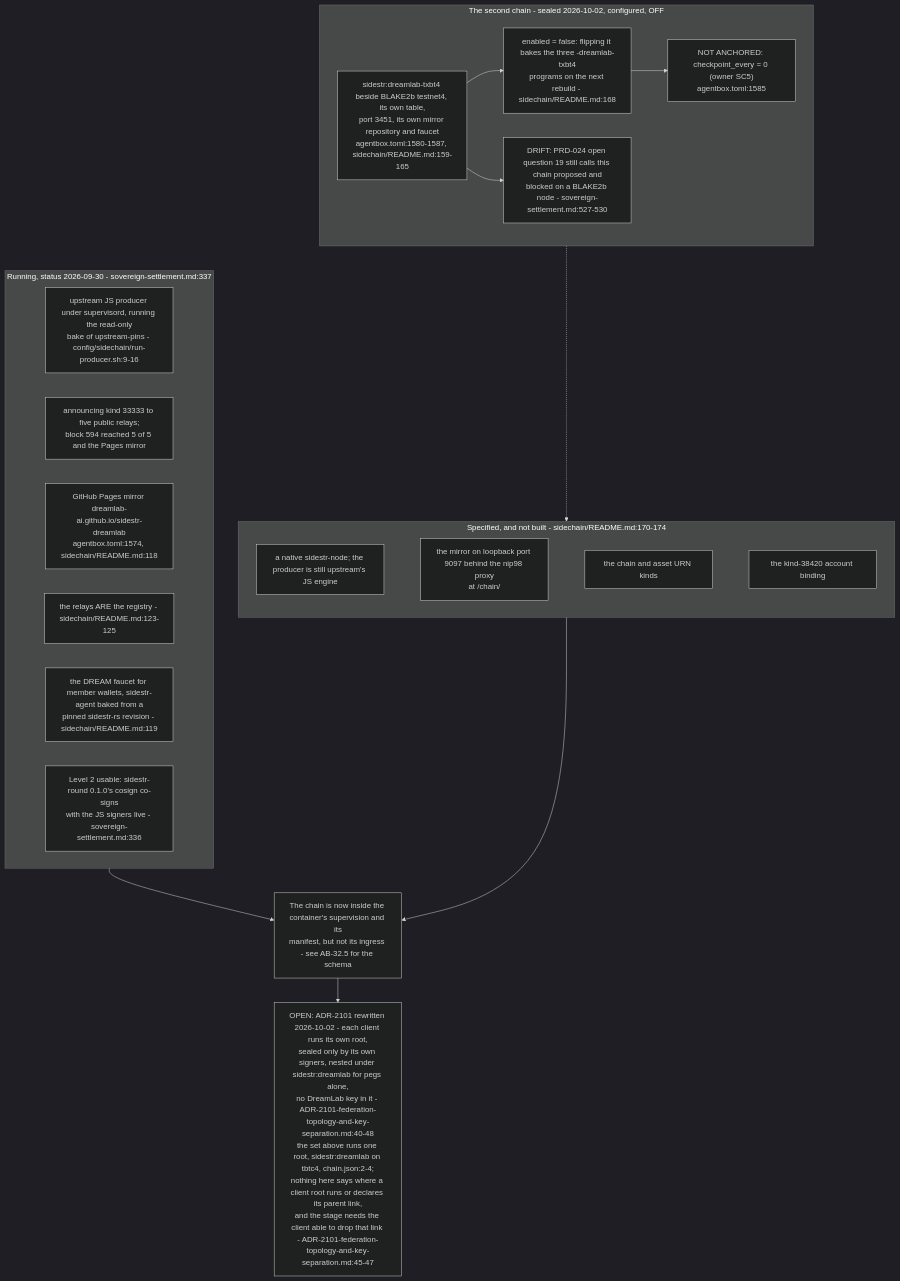
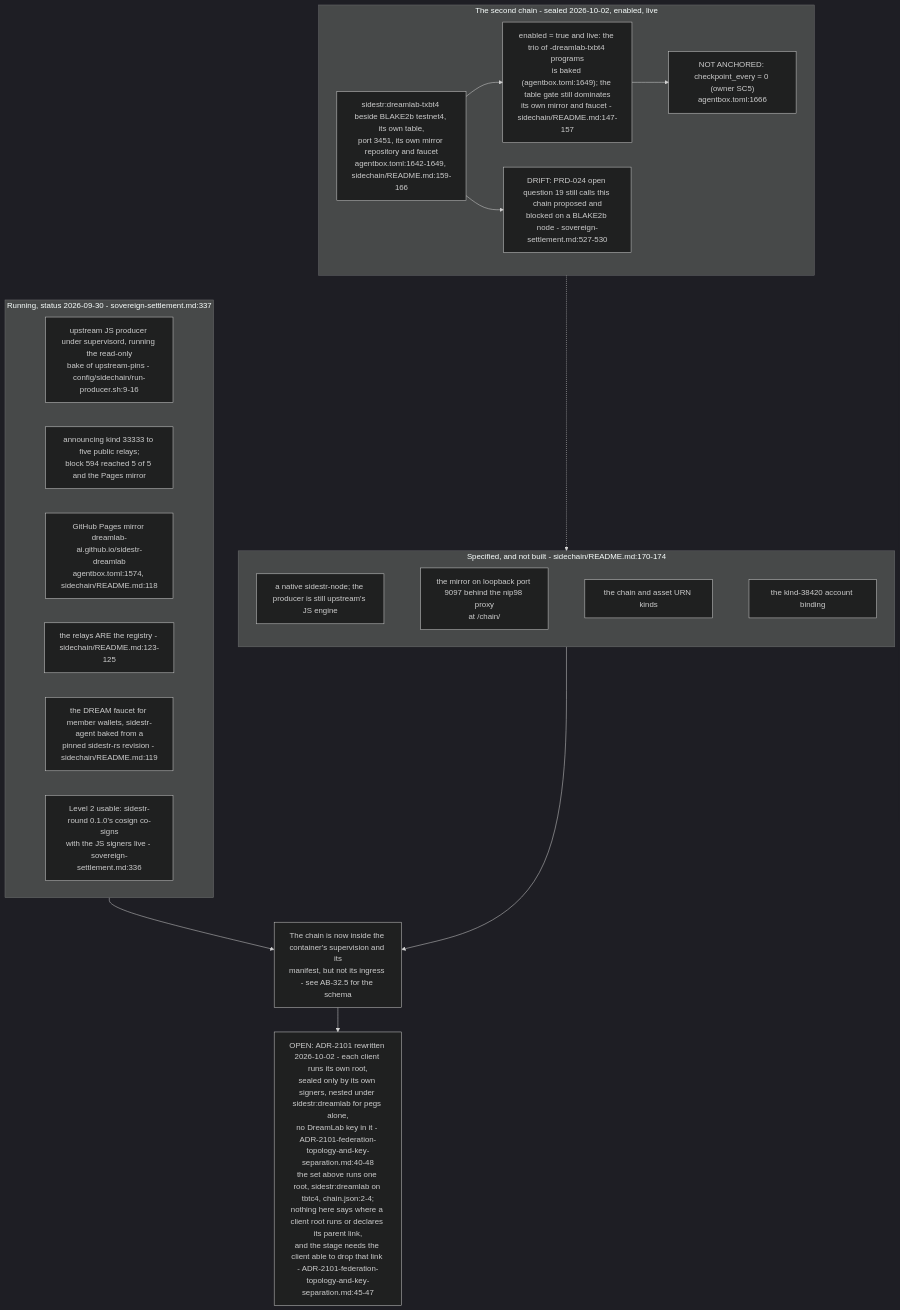
Before and after one commit to DreamLab-AI/VisionFlow: the fifth of 6 diagrams in docs/diagrams/agentbox/34-sidestr-interim-producer-and-mirror.md, drawn with Mermaid (dark theme). The commit also changed other lines of this file and 111 other files, not shown here.

Commit message:
docs(diagrams): align estate maps with current source

````diff
--- a/docs/diagrams/agentbox/34-sidestr-interim-producer-and-mirror.md
+++ b/docs/diagrams/agentbox/34-sidestr-interim-producer-and-mirror.md
@@ -212,30 +212,30 @@
 ```mermaid
 flowchart TB
     subgraph now["Running, status 2026-09-30 - sovereign-settlement.md:337"]
         N1["upstream JS producer under supervisord, running the read-only<br/>bake of upstream-pins - config/sidechain/run-producer.sh:9-16"]
         N2["announcing kind 33333 to five public relays;<br/>block 594 reached 5 of 5 and the Pages mirror"]
         N3["GitHub Pages mirror dreamlab-ai.github.io/sidestr-dreamlab<br/>agentbox.toml:1574, sidechain/README.md:118"]
         N4["the relays ARE the registry - sidechain/README.md:123-125"]
         N5["the DREAM faucet for member wallets, sidestr-agent baked from a<br/>pinned sidestr-rs revision - sidechain/README.md:119"]
         N6["Level 2 usable: sidestr-round 0.1.0's cosign co-signs<br/>with the JS signers live - sovereign-settlement.md:336"]
     end
     subgraph spec["Specified, and not built - sidechain/README.md:170-174"]
         S2["a native sidestr-node; the producer is still upstream's JS engine"]
         S3["the mirror on loopback port 9097 behind the nip98 proxy<br/>at /chain/"]
         S4["the chain and asset URN kinds"]
         S5["the kind-38420 account binding"]
         S2 ~~~ S3 ~~~ S4 ~~~ S5
     end
-    subgraph next["The second chain - sealed 2026-10-02, configured, OFF"]
-        X1["sidestr:dreamlab-txbt4 beside BLAKE2b testnet4, its own table,<br/>port 3451, its own mirror repository and faucet<br/>agentbox.toml:1580-1587, sidechain/README.md:159-165"]
-        X2["enabled = false: flipping it bakes the three -dreamlab-txbt4<br/>programs on the next rebuild - sidechain/README.md:168"]
-        X3["NOT ANCHORED: checkpoint_every = 0 (owner SC5)<br/>agentbox.toml:1585"]
+    subgraph next["The second chain - sealed 2026-10-02, enabled, live"]
+        X1["sidestr:dreamlab-txbt4 beside BLAKE2b testnet4, its own table,<br/>port 3451, its own mirror repository and faucet<br/>agentbox.toml:1642-1649, sidechain/README.md:159-166"]
+        X2["enabled = true and live: the trio of -dreamlab-txbt4 programs<br/>is baked (agentbox.toml:1649); the table gate still dominates<br/>its own mirror and faucet - sidechain/README.md:147-157"]
+        X3["NOT ANCHORED: checkpoint_every = 0 (owner SC5)<br/>agentbox.toml:1666"]
         X4["DRIFT: PRD-024 open question 19 still calls this chain proposed and<br/>blocked on a BLAKE2b node - sovereign-settlement.md:527-530"]
         X1 --> X2 --> X3
         X1 --> X4
     end
     now --> GAP["The chain is now inside the container's supervision and its<br/>manifest, but not its ingress - see AB-32.5 for the schema"]
     spec --> GAP
     next -.-> spec
     GAP --> FED["OPEN: ADR-2101 rewritten 2026-10-02 - each client runs its own root,<br/>sealed only by its own signers, nested under sidestr:dreamlab for pegs alone,<br/>no DreamLab key in it - ADR-2101-federation-topology-and-key-separation.md:40-48<br/>the set above runs one root, sidestr:dreamlab on tbtc4, chain.json:2-4;<br/>nothing here says where a client root runs or declares its parent link,<br/>and the stage needs the client able to drop that link - ADR-2101-federation-topology-and-key-separation.md:45-47"]
 ```
````
